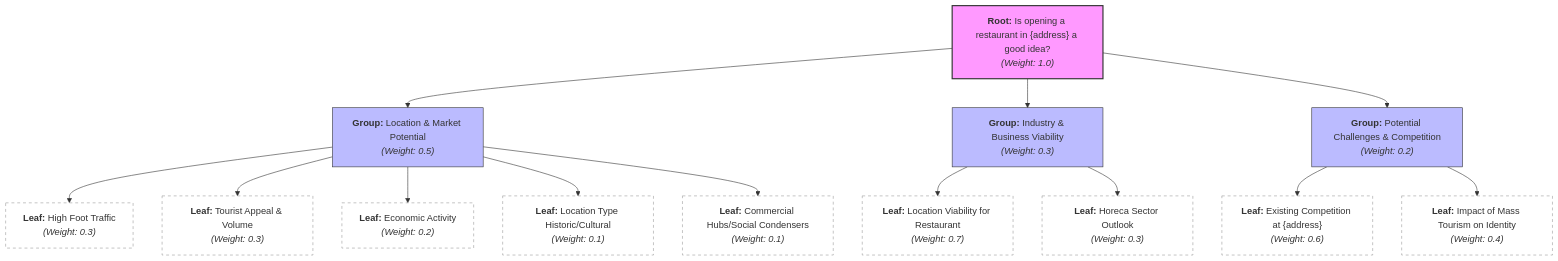
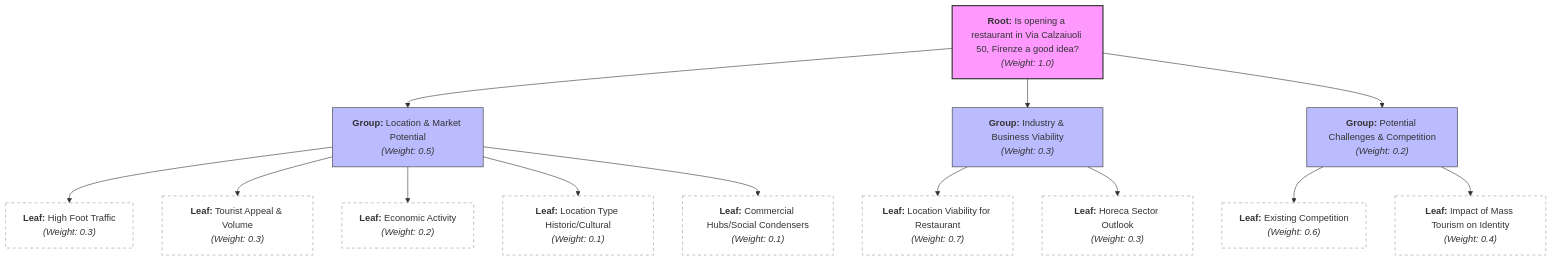
One commit to deltaplanoo/Agentic-Probability-Engine changed the second of 2 diagrams in README.md. Above: the diagram before and after it, drawn with Mermaid. The commit also changed other lines of this file and 6 other files, not shown here.

````diff
--- a/README.md
+++ b/README.md
@@ -55,32 +47,32 @@
 ```mermaid
 graph TD
     %% Root Node
-    root["<b>Root:</b> Is opening a restaurant in {address} a good idea?<br/><i>(Weight: 1.0)</i>"]
+    root["<b>Root:</b> Is opening a restaurant in Via Calzaiuoli 50, Firenze a good idea?<br/><i>(Weight: 1.0)</i>"]
 
     %% Group 1: Location & Market
     root --> group_loc["<b>Group:</b> Location & Market Potential<br/><i>(Weight: 0.5)</i>"]
     group_loc --> leaf_foot["<b>Leaf:</b> High Foot Traffic<br/><i>(Weight: 0.3)</i>"]
     group_loc --> leaf_tour["<b>Leaf:</b> Tourist Appeal & Volume<br/><i>(Weight: 0.3)</i>"]
     group_loc --> leaf_econ["<b>Leaf:</b> Economic Activity<br/><i>(Weight: 0.2)</i>"]
     group_loc --> leaf_hist["<b>Leaf:</b> Location Type Historic/Cultural<br/><i>(Weight: 0.1)</i>"]
     group_loc --> leaf_social["<b>Leaf:</b> Commercial Hubs/Social Condensers<br/><i>(Weight: 0.1)</i>"]
 
     %% Group 2: Business Viability
     root --> group_viab["<b>Group:</b> Industry & Business Viability<br/><i>(Weight: 0.3)</i>"]
     group_viab --> leaf_rest_viab["<b>Leaf:</b> Location Viability for Restaurant<br/><i>(Weight: 0.7)</i>"]
     group_viab --> leaf_horeca["<b>Leaf:</b> Horeca Sector Outlook<br/><i>(Weight: 0.3)</i>"]
 
     %% Group 3: Challenges & Competition
     root --> group_chal["<b>Group:</b> Potential Challenges & Competition<br/><i>(Weight: 0.2)</i>"]
-    group_chal --> leaf_comp["<b>Leaf:</b> Existing Competition at {address}<br/><i>(Weight: 0.6)</i>"]
+    group_chal --> leaf_comp["<b>Leaf:</b> Existing Competition<br/><i>(Weight: 0.6)</i>"]
     group_chal --> leaf_tourism_impact["<b>Leaf:</b> Impact of Mass Tourism on Identity<br/><i>(Weight: 0.4)</i>"]
 
     %% Styling
     style root fill:#f9f,stroke:#333,stroke-width:2px
     style group_loc fill:#bbf,stroke:#333,stroke-width:1px
     style group_viab fill:#bbf,stroke:#333,stroke-width:1px
     style group_chal fill:#bbf,stroke:#333,stroke-width:1px
     
     classDef leafNode fill:#fff,stroke:#999,stroke-dasharray: 5 5
     class leaf_foot,leaf_tour,leaf_econ,leaf_hist,leaf_social,leaf_rest_viab,leaf_horeca,leaf_comp,leaf_tourism_impact leafNode
 ```
````
